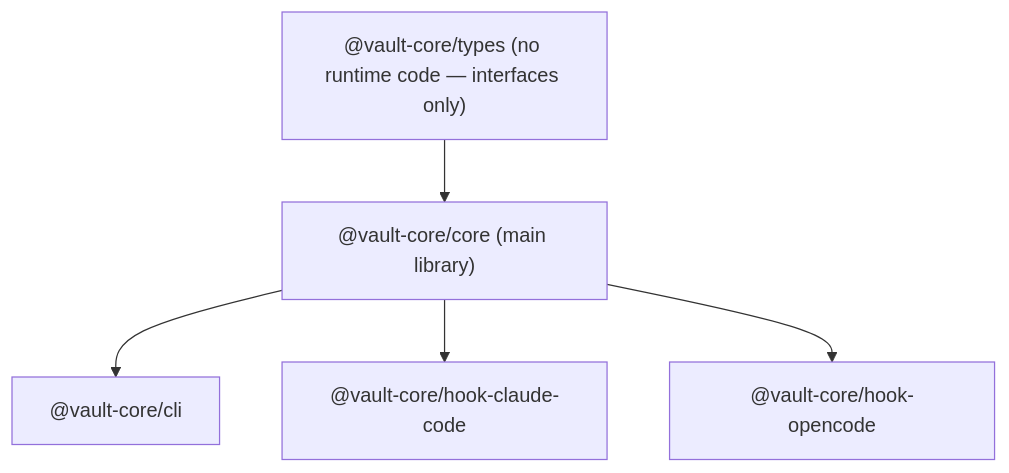
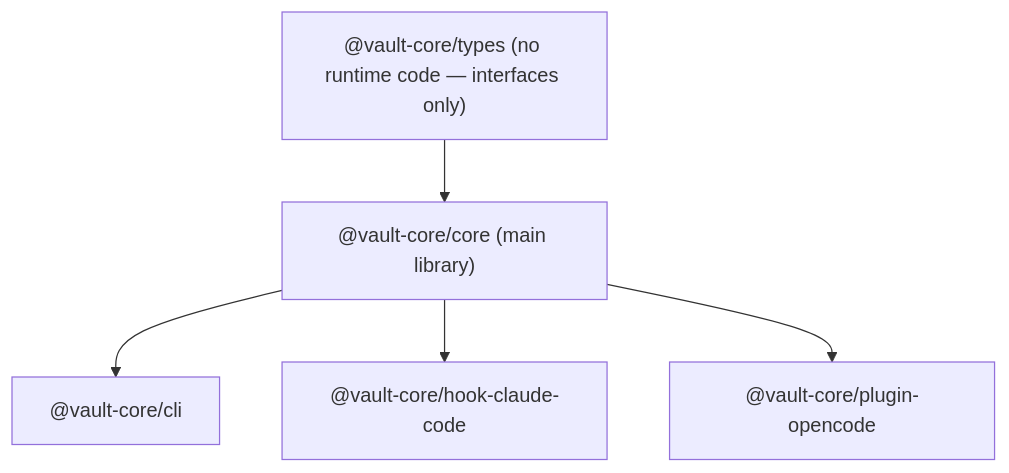
The first of 4 diagrams in docs/architecture.md (pantheon-org/mneme), drawn with Mermaid before and after one commit. The commit also changed other lines of this file and 22 other files, not shown here.

First line of the commit message:
rename hook-opencode to plugin-opencode and fix plugin API usage

````diff
--- a/docs/architecture.md
+++ b/docs/architecture.md
@@ -7,13 +8,13 @@
 ```mermaid
 graph TD
     T["@vault-core/types (no runtime code — interfaces only)"]
     C["@vault-core/core (main library)"]
     CLI["@vault-core/cli"]
     HC["@vault-core/hook-claude-code"]
-    HO["@vault-core/hook-opencode"]
+    HO["@vault-core/plugin-opencode"]
 
     T --> C
     C --> CLI
     C --> HC
     C --> HO
 ```
````
